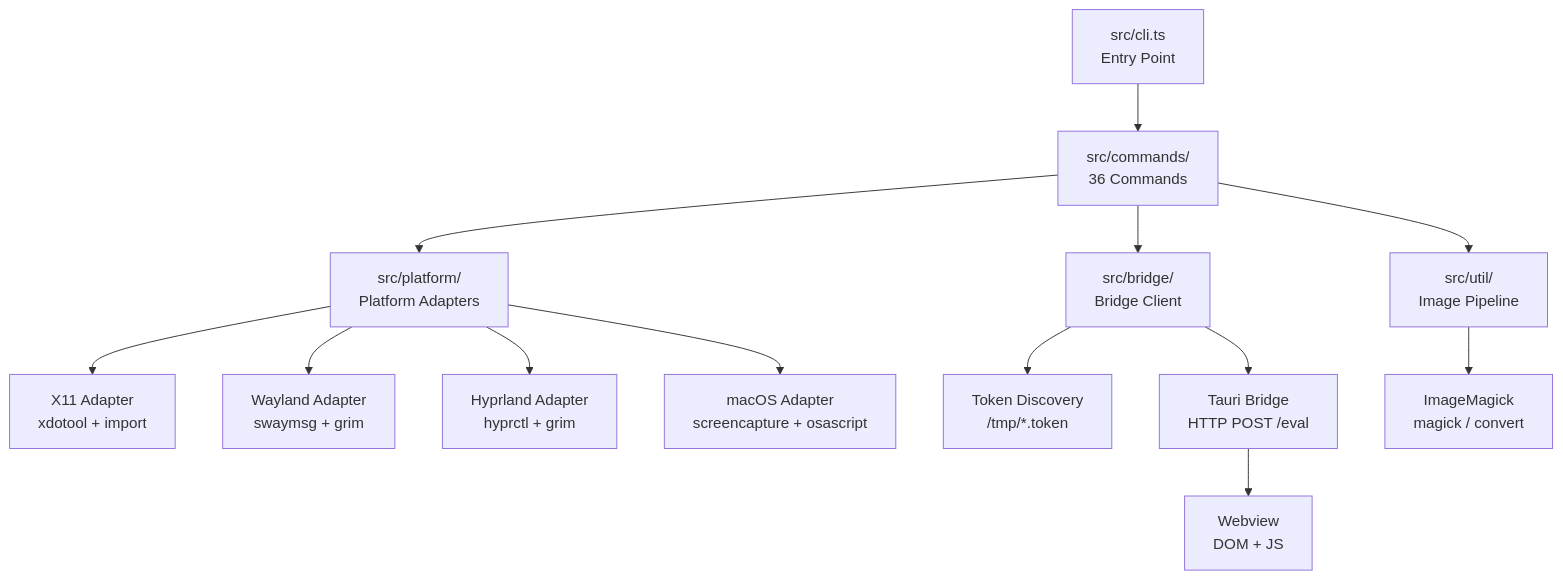
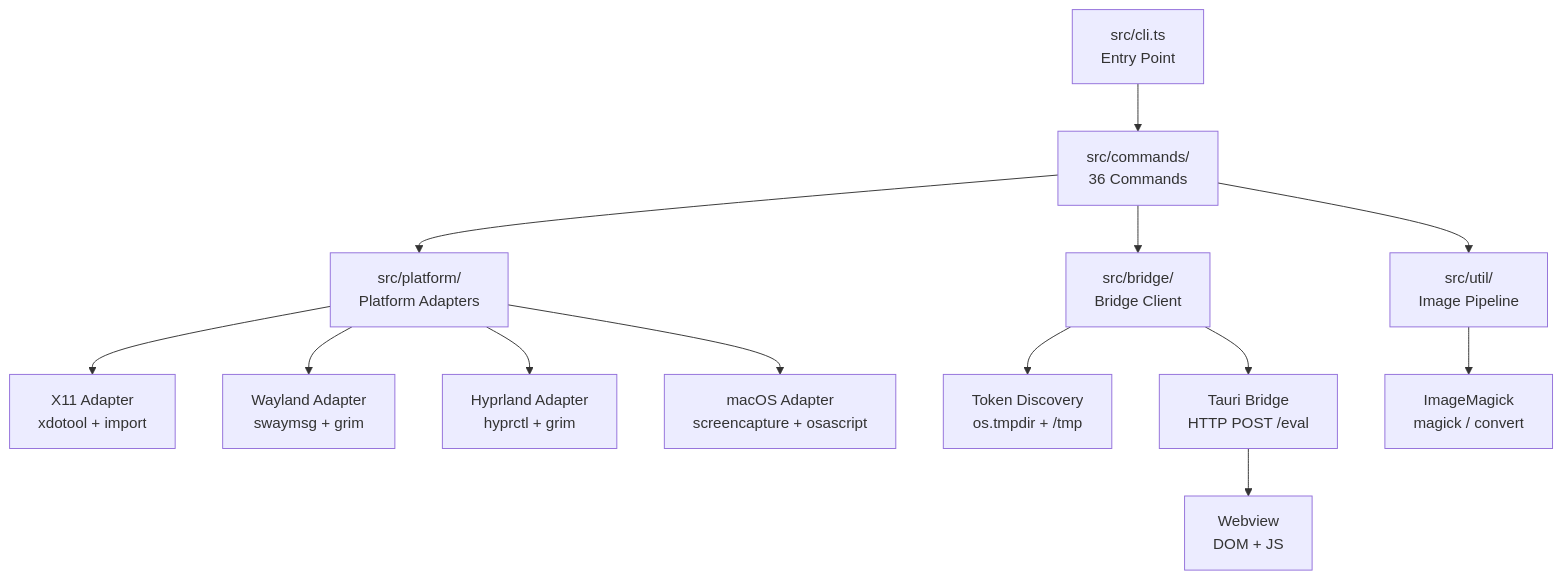
The diagram in docs/architecture/overview.md (cesarandreslopez/tauri-agent-tools), drawn with Mermaid before and after one commit. The commit also changed other lines of this file and 7 other files, not shown here.

````diff
--- a/docs/architecture/overview.md
+++ b/docs/architecture/overview.md
@@ -5,15 +5,15 @@
 ```mermaid
 graph TD
     CLI[src/cli.ts<br/>Entry Point] --> CMD[src/commands/<br/>36 Commands]
     CMD --> PA[src/platform/<br/>Platform Adapters]
     CMD --> BC[src/bridge/<br/>Bridge Client]
     PA --> X11[X11 Adapter<br/>xdotool + import]
     PA --> WL[Wayland Adapter<br/>swaymsg + grim]
     PA --> HY[Hyprland Adapter<br/>hyprctl + grim]
     PA --> MAC[macOS Adapter<br/>screencapture + osascript]
-    BC --> TD[Token Discovery<br/>/tmp/*.token]
+    BC --> TD[Token Discovery<br/>os.tmpdir + /tmp]
     BC --> BR[Tauri Bridge<br/>HTTP POST /eval]
     BR --> WV[Webview<br/>DOM + JS]
     CMD --> IMG[src/util/<br/>Image Pipeline]
     IMG --> IM[ImageMagick<br/>magick / convert]
 ```
````
